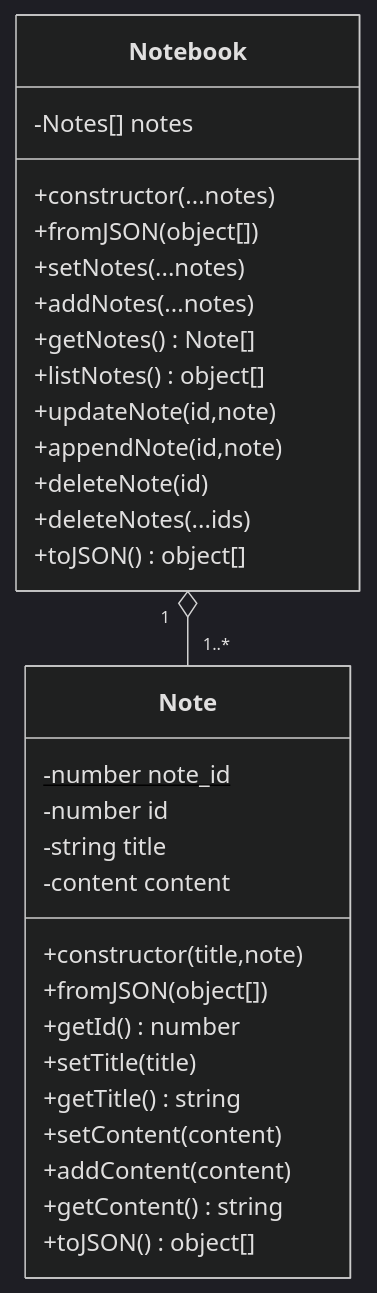
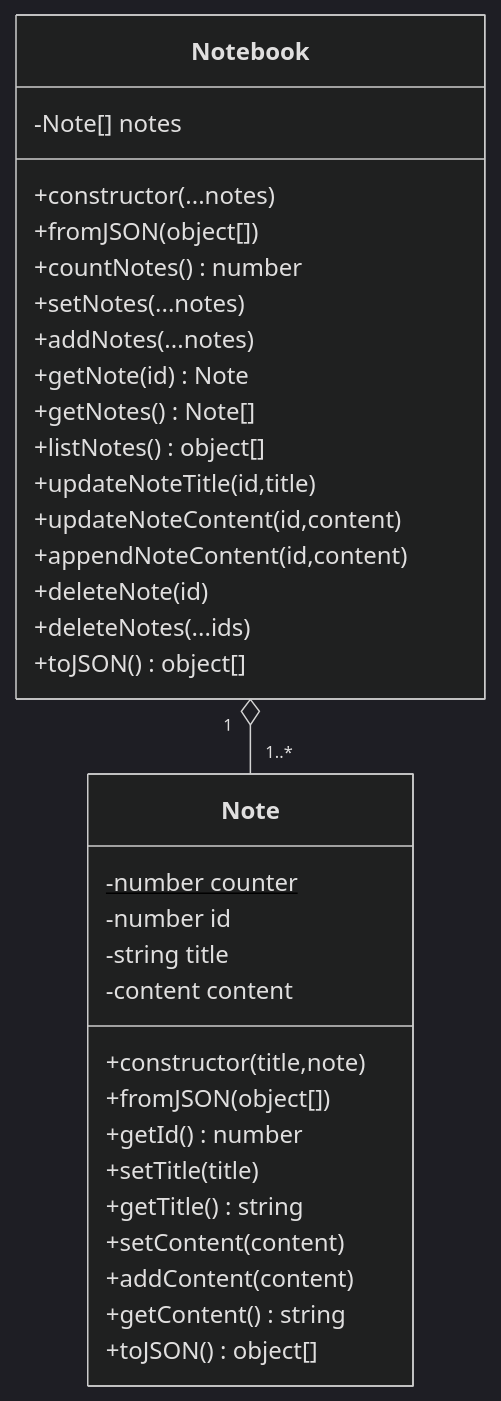
Before and after one commit to jrcharney/note-taker: the diagram in README.md, drawn with Mermaid (dark theme). The commit also changed other lines of this file and 11 other files, not shown here.

````diff
--- a/README.md
+++ b/README.md
@@ -79,36 +81,39 @@
 ```mermaid
 classDiagram
 
 class Notebook {
-    -Notes[] notes
+    -Note[] notes
     +constructor(...notes)
     +fromJSON(object[])
+    +countNotes() number
     +setNotes(...notes)
     +addNotes(...notes)
+    +getNote(id) Note
     +getNotes() Note[]
     +listNotes() object[]
-    +updateNote(id,note)
-    +appendNote(id,note)
+    +updateNoteTitle(id,title)
+    +updateNoteContent(id,content)
+    +appendNoteContent(id,content)
     +deleteNote(id)
     +deleteNotes(...ids)
     +toJSON() object[]
 }
 
 class Note {
-    -number note_id$
+    -number counter$
     -number id
     -string title
     -content content
     +constructor(title,note)
     +fromJSON(object[])
     +getId() number
     +setTitle(title)
     +getTitle() string
     +setContent(content)
     +addContent(content)
     +getContent() string
     +toJSON() object[]
 }
 
 Notebook "1" o-- "1..*" Note
 ```
````
